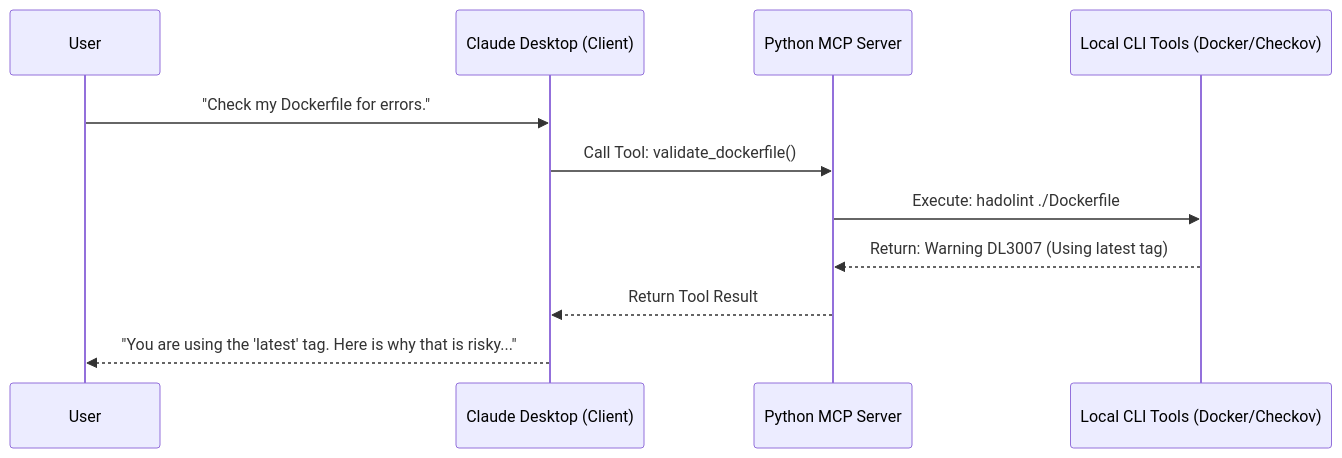
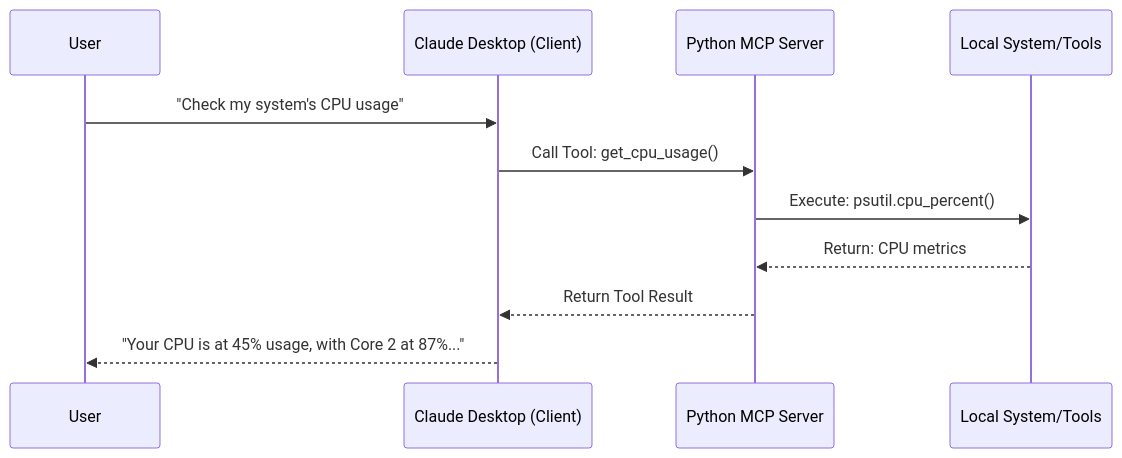
The diagram in README.md (JH-A-Kim/DevOpsMCP-Server), drawn with Mermaid before and after one commit. The commit also changed other lines of this file and 6 other files, not shown here.

````diff
--- a/README.md
+++ b/README.md
@@ -22,14 +52,14 @@
 ```mermaid
 sequenceDiagram
     participant User
     participant LLM as Claude Desktop (Client)
     participant MCP as Python MCP Server
-    participant CLI as Local CLI Tools (Docker/Checkov)
+    participant System as Local System/Tools
 
-    User->>LLM: "Check my Dockerfile for errors."
-    LLM->>MCP: Call Tool: validate_dockerfile()
-    MCP->>CLI: Execute: hadolint ./Dockerfile
-    CLI-->>MCP: Return: Warning DL3007 (Using latest tag)
+    User->>LLM: "Check my system's CPU usage"
+    LLM->>MCP: Call Tool: get_cpu_usage()
+    MCP->>System: Execute: psutil.cpu_percent()
+    System-->>MCP: Return: CPU metrics
     MCP-->>LLM: Return Tool Result
-    LLM-->>User: "You are using the 'latest' tag. Here is why that is risky..."
+    LLM-->>User: "Your CPU is at 45% usage, with Core 2 at 87%..."
 ```
````
